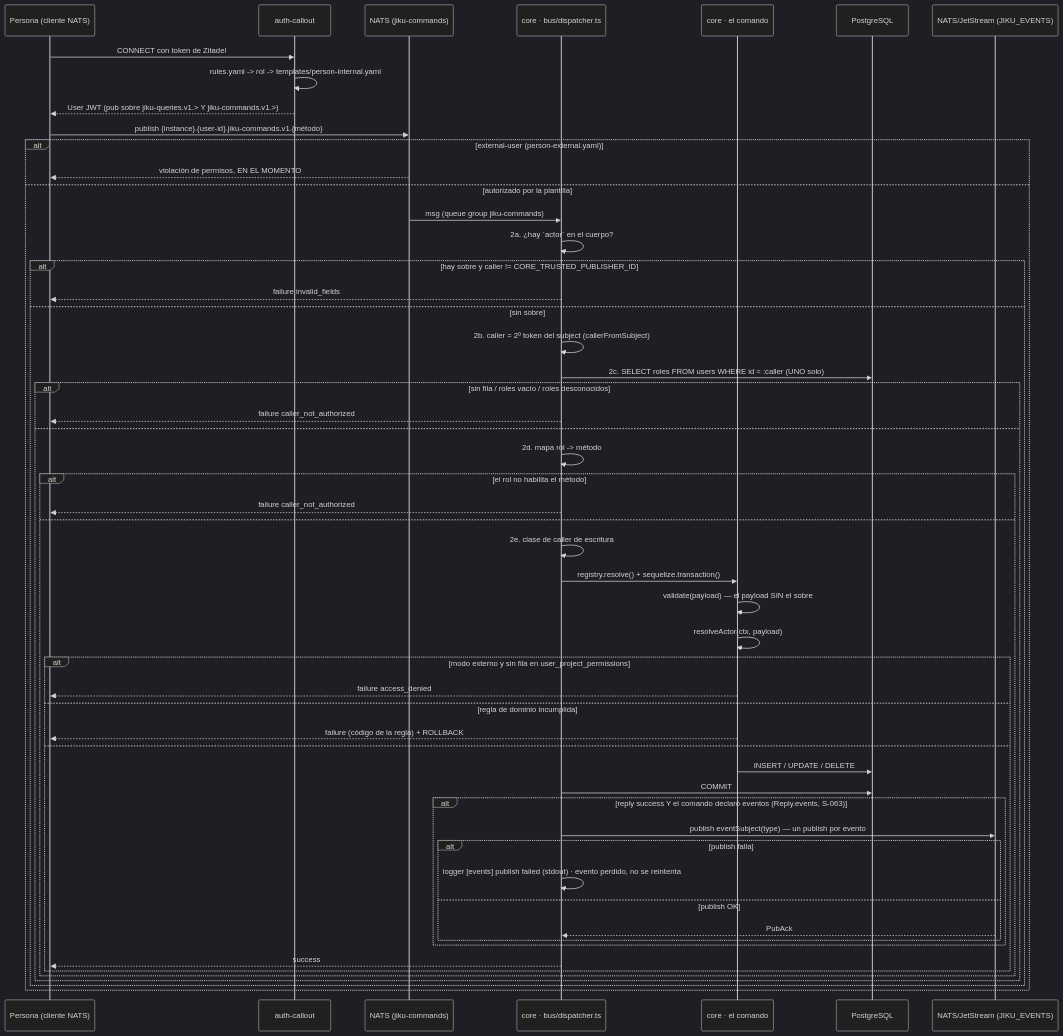
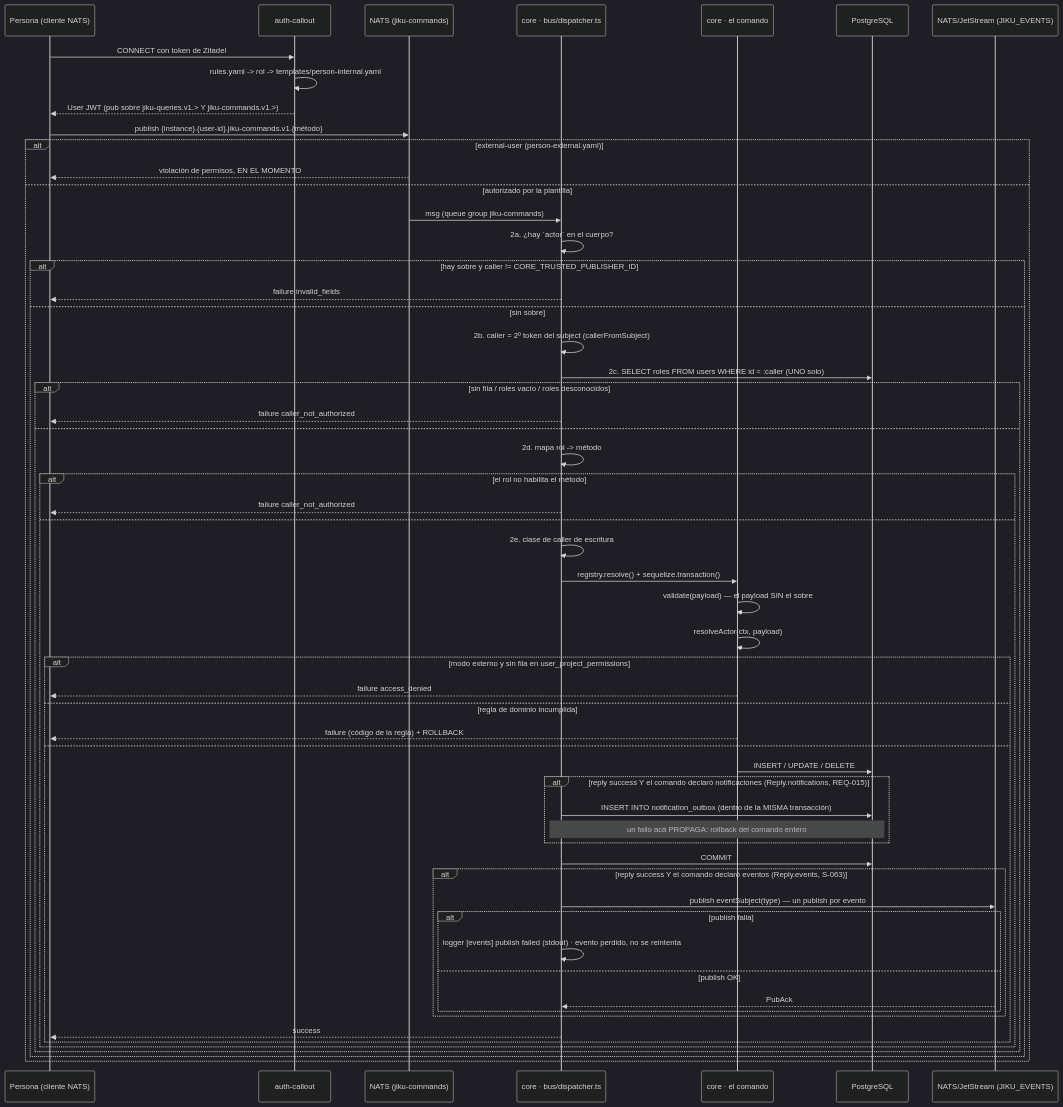
One commit to gravadigital/jiku changed the diagram in docs/flows/escritura-por-el-bus.md. Above: the diagram before and after it, drawn with Mermaid (dark theme). The commit also changed other lines of this file and 8 other files, not shown here.

````diff
--- a/docs/flows/escritura-por-el-bus.md
+++ b/docs/flows/escritura-por-el-bus.md
@@ -75,57 +80,61 @@
 ```mermaid
 sequenceDiagram
     participant P as Persona (cliente NATS)
     participant A as auth-callout
     participant N as NATS (jiku-commands)
     participant D as core · bus/dispatcher.ts
     participant C as core · el comando
     participant DB as PostgreSQL
     participant JS as NATS/JetStream (JIKU_EVENTS)
 
     P->>A: CONNECT con token de Zitadel
     A->>A: rules.yaml -> rol -> templates/person-internal.yaml
     A-->>P: User JWT (pub sobre jiku-queries.v1.> Y jiku-commands.v1.>)
     P->>N: publish {instance}.{user-id}.jiku-commands.v1.{método}
     alt external-user (person-external.yaml)
         N-->>P: violación de permisos, EN EL MOMENTO
     else autorizado por la plantilla
         N->>D: msg (queue group jiku-commands)
         D->>D: 2a. ¿hay `actor` en el cuerpo?
         alt hay sobre y caller != CORE_TRUSTED_PUBLISHER_ID
             D-->>P: failure invalid_fields
         else sin sobre
             D->>D: 2b. caller = 2º token del subject (callerFromSubject)
             D->>DB: 2c. SELECT roles FROM users WHERE id = :caller (UNO solo)
             alt sin fila / roles vacío / roles desconocidos
                 D-->>P: failure caller_not_authorized
             else
                 D->>D: 2d. mapa rol -> método
                 alt el rol no habilita el método
                     D-->>P: failure caller_not_authorized
                 else
                     D->>D: 2e. clase de caller de escritura
                     D->>C: registry.resolve() + sequelize.transaction()
                     C->>C: validate(payload) — el payload SIN el sobre
                     C->>C: resolveActor(ctx, payload)
                     alt modo externo y sin fila en user_project_permissions
                         C-->>P: failure access_denied
                     else regla de dominio incumplida
                         C-->>P: failure (código de la regla) + ROLLBACK
                     else
                         C->>DB: INSERT / UPDATE / DELETE
+                        alt reply success Y el comando declaró notificaciones (Reply.notifications, REQ-015)
+                            D->>DB: INSERT INTO notification_outbox (dentro de la MISMA transacción)
+                            Note over D,DB: un fallo acá PROPAGA: rollback del comando entero
+                        end
                         D->>DB: COMMIT
                         alt reply success Y el comando declaró eventos (Reply.events, S-063)
                             D->>JS: publish eventSubject(type) — un publish por evento
                             alt publish falla
                                 D->>D: logger [events] publish failed (stdout) · evento perdido, no se reintenta
                             else publish OK
                                 JS-->>D: PubAck
                             end
                         end
                         D-->>P: success
                     end
                 end
             end
         end
     end
 ```
````
